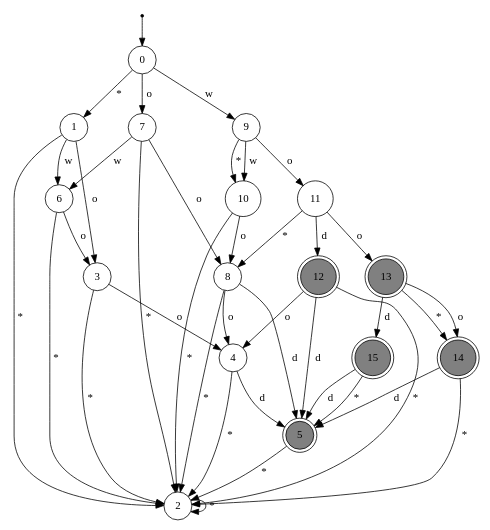
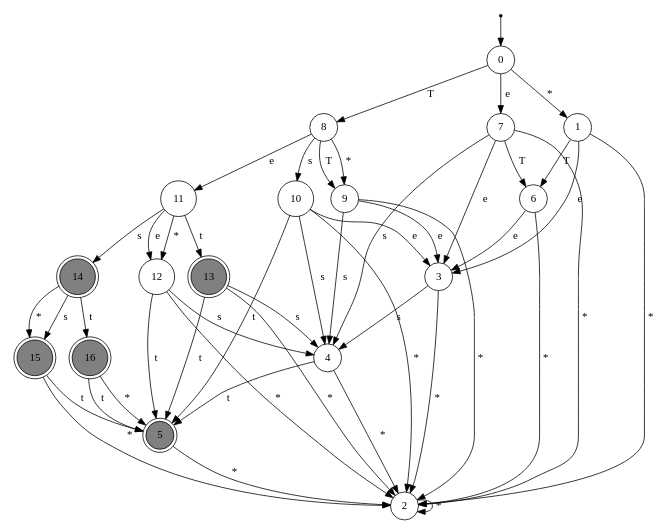
One commit to lucasll37/CTC-34 changed the diagram in graphs/graphViz/poc-lev.dot. Above: the diagram before and after it, drawn with Graphviz. The commit also changed 30 other files, not shown here.

```diff
--- a/graphs/graphViz/poc-lev.dot
+++ b/graphs/graphViz/poc-lev.dot
@@ -1,51 +1,59 @@
 digraph G {
 	rankdir=TB;
 	size="8,5"
 	node [shape = doublecircle];
 	5 [style=filled fillcolor=gray];
-	12 [style=filled fillcolor=gray];
 	13 [style=filled fillcolor=gray];
 	14 [style=filled fillcolor=gray];
 	15 [style=filled fillcolor=gray];
+	16 [style=filled fillcolor=gray];
 	node [shape = circle];
 ini [shape=point];
 ini -> 0;
 	2 -> 2 [label=" * "];
 	1 -> 2 [label=" * "];
 	3 -> 2 [label=" * "];
 	4 -> 2 [label=" * "];
 	5 -> 2 [label=" * "];
-	4 -> 5 [label=" d "];
-	3 -> 4 [label=" o "];
-	1 -> 3 [label=" o "];
+	4 -> 5 [label=" t "];
+	3 -> 4 [label=" s "];
+	1 -> 3 [label=" e "];
 	6 -> 2 [label=" * "];
-	6 -> 3 [label=" o "];
-	1 -> 6 [label=" w "];
+	6 -> 3 [label=" e "];
+	1 -> 6 [label=" T "];
 	0 -> 1 [label=" * "];
 	7 -> 2 [label=" * "];
-	8 -> 2 [label=" * "];
-	8 -> 5 [label=" d "];
-	8 -> 4 [label=" o "];
-	7 -> 8 [label=" o "];
-	7 -> 6 [label=" w "];
-	0 -> 7 [label=" o "];
+	7 -> 4 [label=" s "];
+	7 -> 3 [label=" e "];
+	7 -> 6 [label=" T "];
+	0 -> 7 [label=" e "];
+	9 -> 2 [label=" * "];
+	9 -> 4 [label=" s "];
+	9 -> 3 [label=" e "];
+	8 -> 9 [label=" * "];
 	10 -> 2 [label=" * "];
-	10 -> 8 [label=" o "];
-	9 -> 10 [label=" * "];
-	11 -> 8 [label=" * "];
+	10 -> 5 [label=" t "];
+	10 -> 4 [label=" s "];
+	10 -> 3 [label=" e "];
+	8 -> 10 [label=" s "];
 	12 -> 2 [label=" * "];
-	12 -> 5 [label=" d "];
-	12 -> 4 [label=" o "];
-	11 -> 12 [label=" d "];
-	14 -> 2 [label=" * "];
-	14 -> 5 [label=" d "];
-	13 -> 14 [label=" * "];
-	15 -> 5 [label=" * "];
-	15 -> 5 [label=" d "];
-	13 -> 15 [label=" d "];
-	13 -> 14 [label=" o "];
-	11 -> 13 [label=" o "];
-	9 -> 11 [label=" o "];
-	9 -> 10 [label=" w "];
-	0 -> 9 [label=" w "];
+	12 -> 5 [label=" t "];
+	12 -> 4 [label=" s "];
+	11 -> 12 [label=" * "];
+	13 -> 2 [label=" * "];
+	13 -> 5 [label=" t "];
+	13 -> 4 [label=" s "];
+	11 -> 13 [label=" t "];
+	15 -> 2 [label=" * "];
+	15 -> 5 [label=" t "];
+	14 -> 15 [label=" * "];
+	16 -> 5 [label=" * "];
+	16 -> 5 [label=" t "];
+	14 -> 16 [label=" t "];
+	14 -> 15 [label=" s "];
+	11 -> 14 [label=" s "];
+	11 -> 12 [label=" e "];
+	8 -> 11 [label=" e "];
+	8 -> 9 [label=" T "];
+	0 -> 8 [label=" T "];
 }
```
